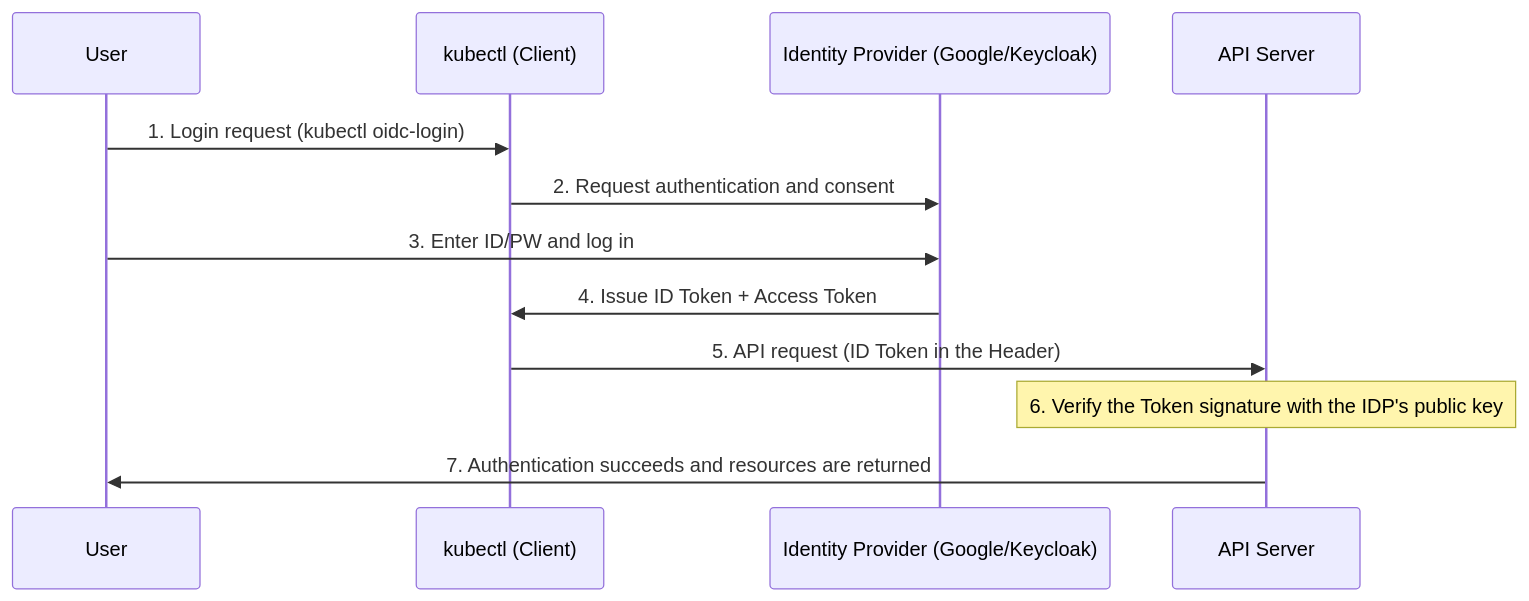
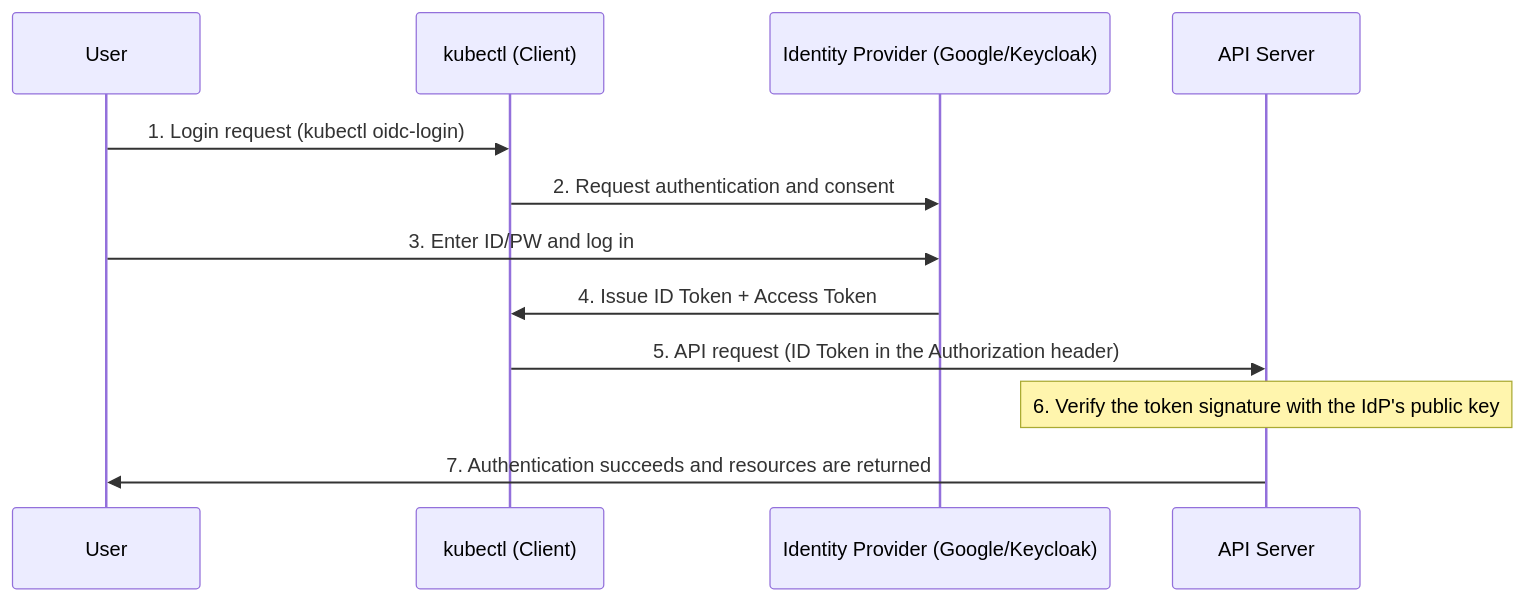
The diagram in content/security/05-advanced/37-oidc-on-kubernetes.md (jeonck/k8s-adv), drawn with Mermaid before and after one commit. The commit also changed other lines of this file and 53 other files, not shown here.

````diff
--- a/content/security/05-advanced/37-oidc-on-kubernetes.md
+++ b/content/security/05-advanced/37-oidc-on-kubernetes.md
@@ -48,15 +48,15 @@
 ```mermaid
 sequenceDiagram
     participant U as User
     participant K as kubectl (Client)
     participant I as Identity Provider (Google/Keycloak)
     participant A as API Server
     
     U->>K: 1. Login request (kubectl oidc-login)
     K->>I: 2. Request authentication and consent
     U->>I: 3. Enter ID/PW and log in
     I->>K: 4. Issue ID Token + Access Token
-    K->>A: 5. API request (ID Token in the Header)
-    Note over A: 6. Verify the Token signature with the IDP's public key
+    K->>A: 5. API request (ID Token in the Authorization header)
+    Note over A: 6. Verify the token signature with the IdP's public key
     A->>U: 7. Authentication succeeds and resources are returned
 ```
````
